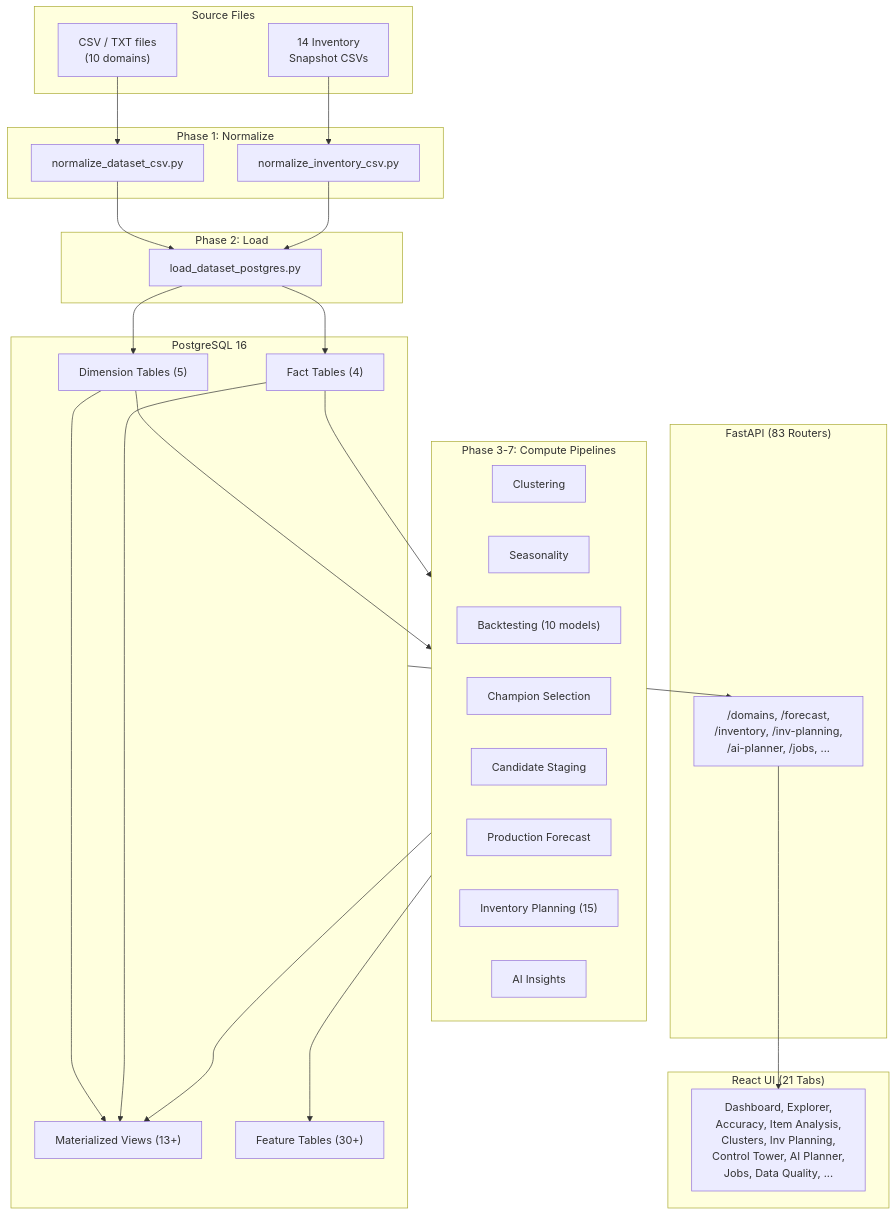
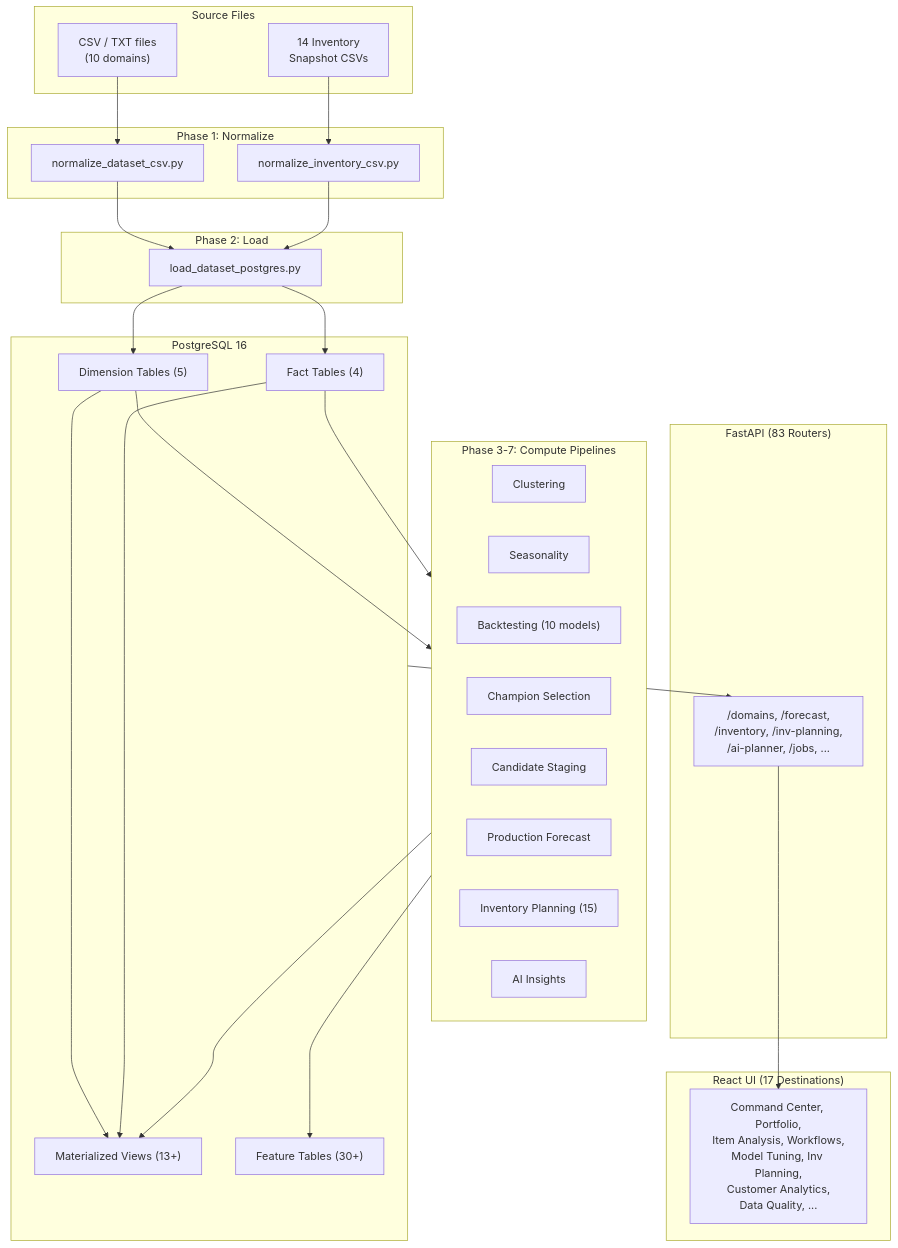
The first of 4 diagrams in docs/ARCHITECTURE.md (chidammano-hash/DemandProject), drawn with Mermaid before and after one commit. The commit also changed other lines of this file and 40 other files, not shown here.

Commit message:
feat: add AI operations workflow command center

````diff
--- a/docs/ARCHITECTURE.md
+++ b/docs/ARCHITECTURE.md
@@ -61,50 +61,50 @@
 ```mermaid
 flowchart TD
     subgraph SRC["Source Files"]
         CSV["CSV / TXT files<br/>(10 domains)"]
         INV["14 Inventory<br/>Snapshot CSVs"]
     end
 
     subgraph NORM["Phase 1: Normalize"]
         N1["normalize_dataset_csv.py"]
         N2["normalize_inventory_csv.py"]
     end
 
     subgraph LOAD["Phase 2: Load"]
         L1["load_dataset_postgres.py"]
     end
 
     subgraph PG["PostgreSQL 16"]
         DIM["Dimension Tables (5)"]
         FACT["Fact Tables (4)"]
         MV["Materialized Views (13+)"]
         FEAT["Feature Tables (30+)"]
     end
 
     subgraph COMPUTE["Phase 3-7: Compute Pipelines"]
         CL["Clustering"]
         SEAS["Seasonality"]
         BT["Backtesting (10 models)"]
         CHAMP["Champion Selection"]
         CAND["Candidate Staging"]
         PROD["Production Forecast"]
         INVP["Inventory Planning (15)"]
         AI["AI Insights"]
     end
 
     subgraph API["FastAPI (83 Routers)"]
         REST["/domains, /forecast,<br/>/inventory, /inv-planning,<br/>/ai-planner, /jobs, ..."]
     end
 
-    subgraph UI["React UI (21 Tabs)"]
-        TABS["Dashboard, Explorer,<br/>Accuracy, Item Analysis,<br/>Clusters, Inv Planning,<br/>Control Tower, AI Planner,<br/>Jobs, Data Quality, ..."]
+    subgraph UI["React UI (17 Destinations)"]
+        TABS["Command Center, Portfolio,<br/>Item Analysis, Workflows,<br/>Model Tuning, Inv Planning,<br/>Customer Analytics,<br/>Data Quality, ..."]
     end
 
     CSV --> N1 --> L1
     INV --> N2 --> L1
     L1 --> DIM & FACT
     DIM & FACT --> MV
     DIM & FACT --> COMPUTE
     COMPUTE --> FEAT & MV
     PG --> REST --> TABS
 ```
````
